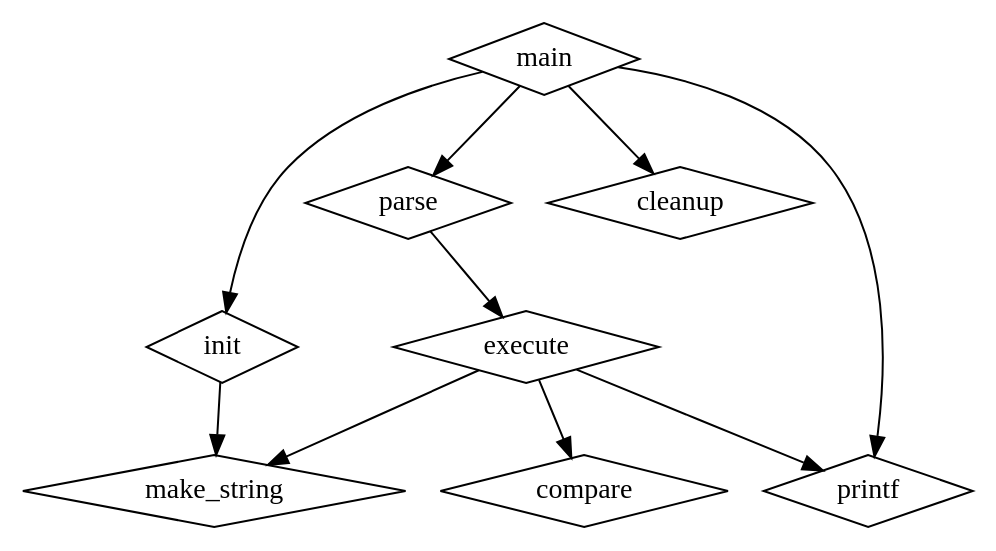
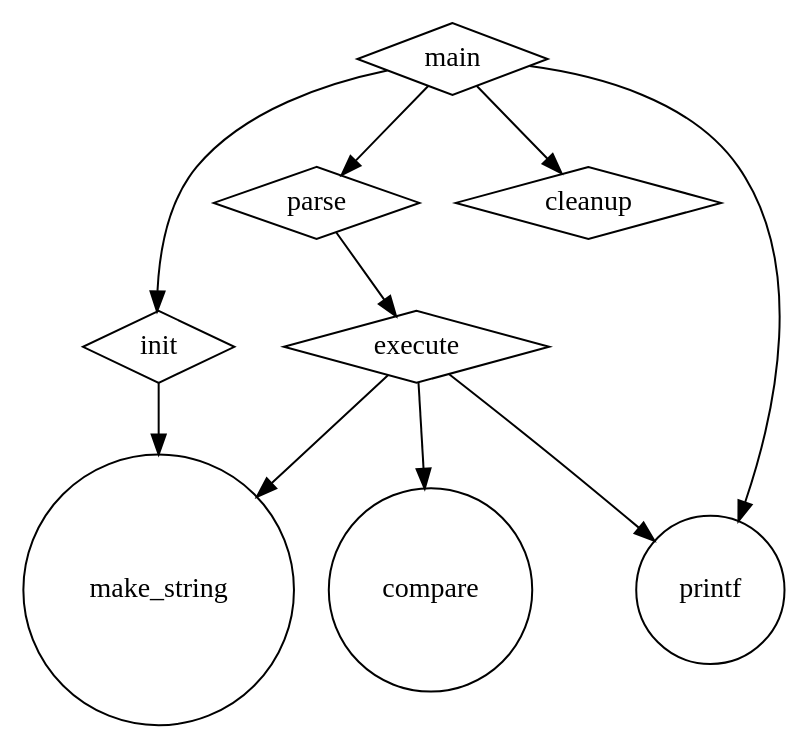
Before and after one commit to satishgoda/visualization: the diagram in tools/graphviz/examples/compilation.dot, drawn with Graphviz.

Commit message:
Update compilation.dot
node attribute declarations modify the state machine of the graph drawing.

Apart from the defaults, if a node is assigned a shape attribute it will be drawn using that shape.

After specifying a new shape attribute, new nodes that appear now will use drawn using the new shape and nodes that were already specified before changing shape will continue to be drawn with their previous shape.

```diff
--- a/tools/graphviz/examples/compilation.dot
+++ b/tools/graphviz/examples/compilation.dot
@@ -1,15 +1,18 @@
 /* This sample script generates a graph of 
    typical steps during software compilation */
 
 digraph G {
   node [shape="diamond"];
 
   main -> parse -> execute
   main -> init
   main -> cleanup
+
+  node [shape="circle"];
+
   execute -> make_string
   execute -> printf
   init -> make_string
   main -> printf
   execute -> compare
 }
```
